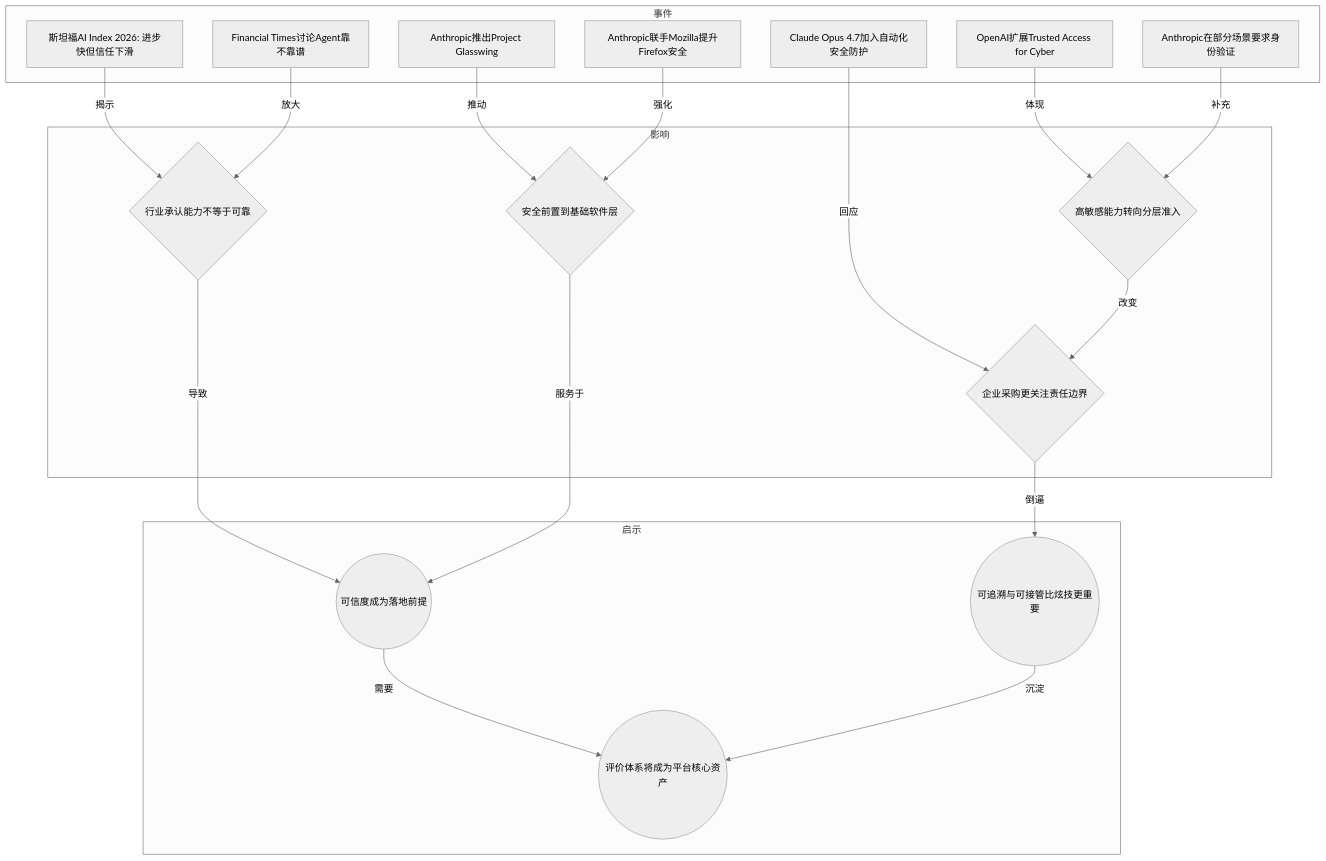
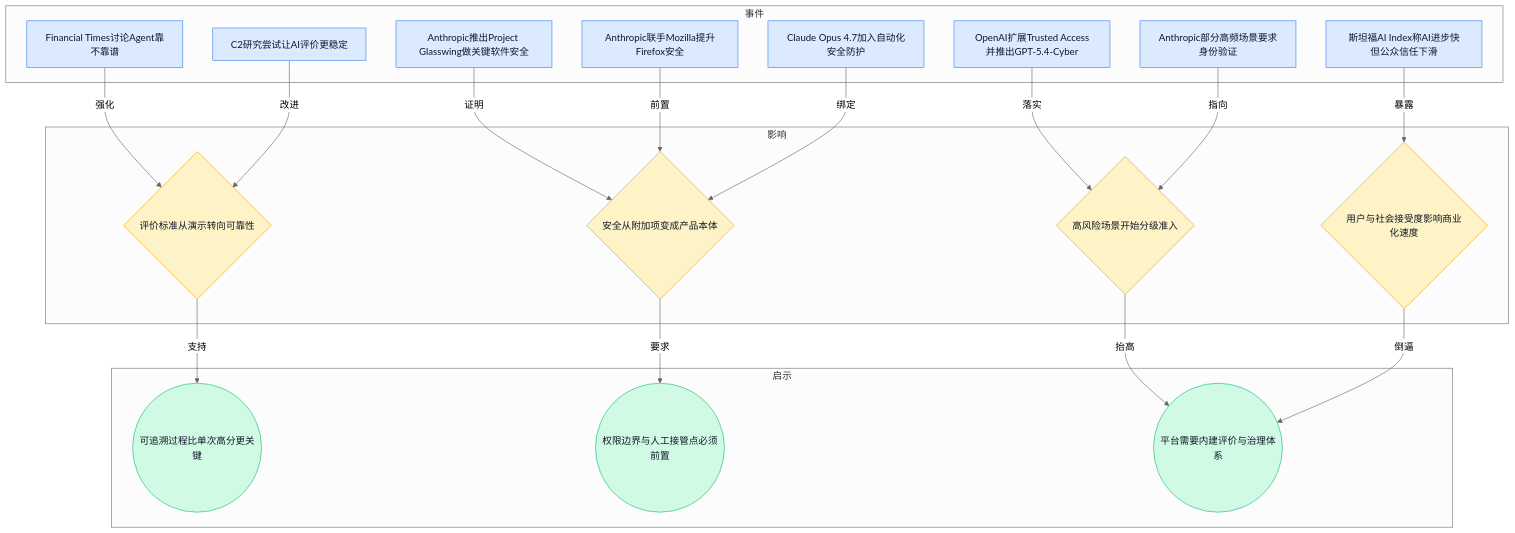
One commit to ylzsdafei/ai-daily-site changed the fourth of 8 diagrams in content/cn/blog/weekly/2026-W16.md. Above: the diagram before and after it, drawn with Mermaid (neutral theme). The commit also changed other lines of this file and 1 other file, not shown here.

````diff
--- a/content/cn/blog/weekly/2026-W16.md
+++ b/content/cn/blog/weekly/2026-W16.md
@@ -92,36 +101,42 @@
 ```mermaid
 graph TD
 subgraph 事件
-A[斯坦福AI Index 2026: 进步快但信任下滑]
-B[Financial Times讨论Agent靠不靠谱]
-C[Anthropic推出Project Glasswing]
-D[Anthropic联手Mozilla提升Firefox安全]
-E[OpenAI扩展Trusted Access for Cyber]
-F[Anthropic在部分场景要求身份验证]
-G[Claude Opus 4.7加入自动化安全防护]
+A1[斯坦福AI Index称AI进步快但公众信任下滑]
+A2[Financial Times讨论Agent靠不靠谱]
+A3[Anthropic推出Project Glasswing做关键软件安全]
+A4[Anthropic联手Mozilla提升Firefox安全]
+A5[OpenAI扩展Trusted Access并推出GPT-5.4-Cyber]
+A6[Claude Opus 4.7加入自动化安全防护]
+A7[Anthropic部分高频场景要求身份验证]
+A8[C2研究尝试让AI评价更稳定]
 end
 subgraph 影响
-H{行业承认能力不等于可靠}
-I{安全前置到基础软件层}
-J{高敏感能力转向分层准入}
-K{企业采购更关注责任边界}
+B1{安全从附加项变成产品本体}
+B2{高风险场景开始分级准入}
+B3{评价标准从演示转向可靠性}
+B4{用户与社会接受度影响商业化速度}
 end
 subgraph 启示
-L((可信度成为落地前提))
-M((可追溯与可接管比炫技更重要))
-N((评价体系将成为平台核心资产))
+C1((可追溯过程比单次高分更关键))
+C2((权限边界与人工接管点必须前置))
+C3((平台需要内建评价与治理体系))
 end
-A -->|揭示| H
-B -->|放大| H
-C -->|推动| I
-D -->|强化| I
-E -->|体现| J
-F -->|补充| J
-G -->|回应| K
-H -->|导致| L
-I -->|服务于| L
-J -->|改变| K
-K -->|倒逼| M
-L -->|需要| N
-M -->|沉淀| N
+A1 -->|暴露| B4
+A2 -->|强化| B3
+A3 -->|证明| B1
+A4 -->|前置| B1
+A5 -->|落实| B2
+A6 -->|绑定| B1
+A7 -->|指向| B2
+A8 -->|改进| B3
+B1 -->|要求| C2
+B2 -->|抬高| C3
+B3 -->|支持| C1
+B4 -->|倒逼| C3
+classDef blue fill:#dbeafe,stroke:#3b82f6,color:#111827
+classDef yellow fill:#fef3c7,stroke:#f59e0b,color:#111827
+classDef green fill:#d1fae5,stroke:#10b981,color:#111827
+class A1,A2,A3,A4,A5,A6,A7,A8 blue
+class B1,B2,B3,B4 yellow
+class C1,C2,C3 green
 ```
````
